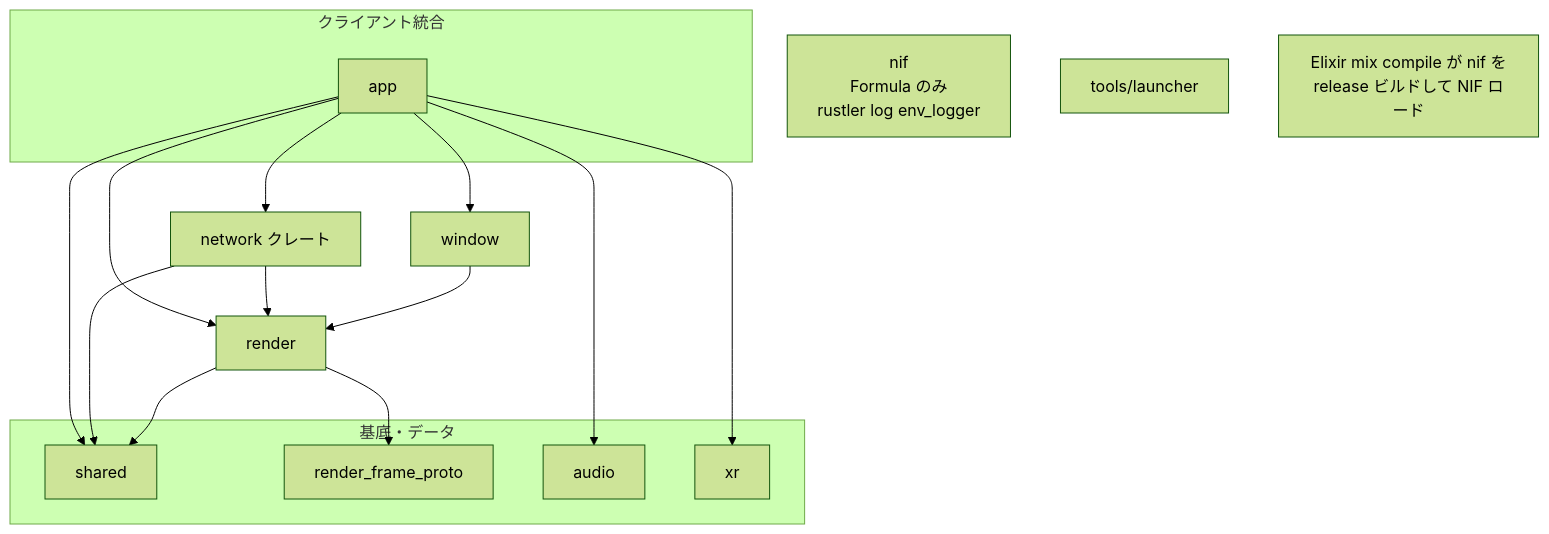
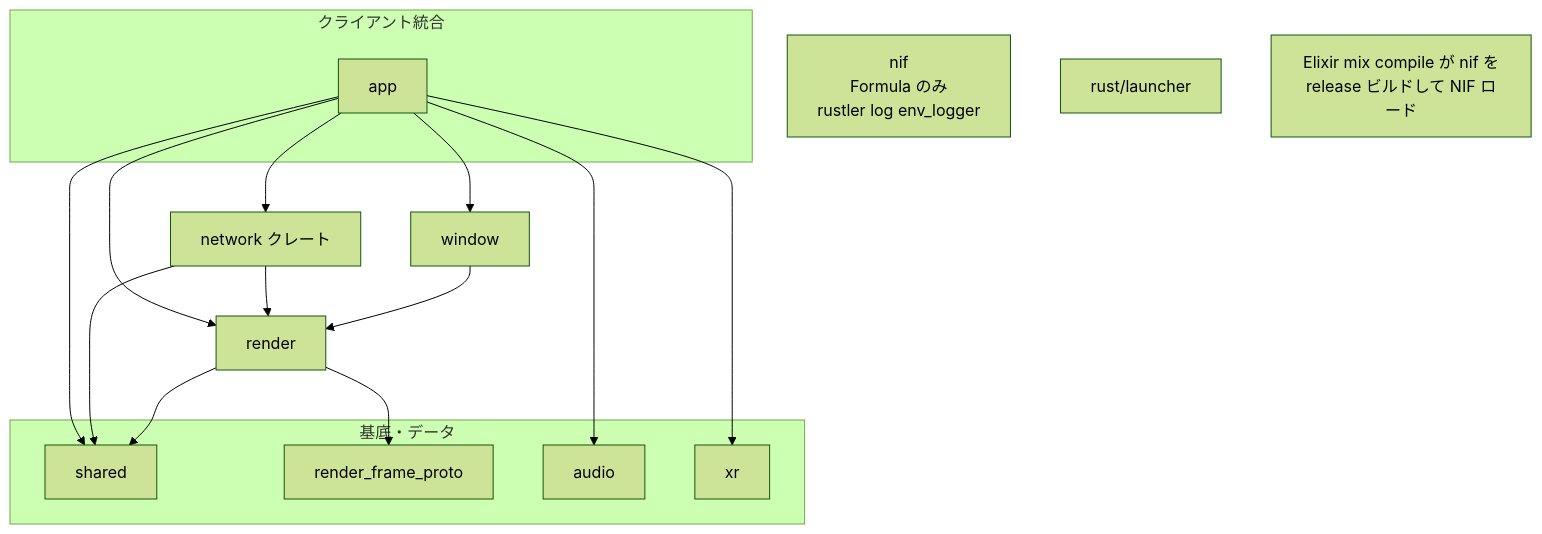
The second of 9 diagrams in docs/architecture/overview.md (FRICK-ELDY/alchemy-engine), drawn with Mermaid (forest theme) before and after one commit. The commit also changed other lines of this file and 122 other files, not shown here.

````diff
--- a/docs/architecture/overview.md
+++ b/docs/architecture/overview.md
@@ -90,32 +92,32 @@
 ```mermaid
 graph TB
     subgraph Base["基底・データ"]
         SHARED[shared]
         RFP[render_frame_proto]
         AUDIO[audio]
         XR[xr]
     end
 
     NIF[nif<br/>Formula のみ<br/>rustler log env_logger]
 
     RENDER[render] --> RFP
     RENDER --> SHARED
     WINDOW[window] --> RENDER
     NETWORK[network クレート] --> RENDER
     NETWORK --> SHARED
 
     subgraph App["クライアント統合"]
         APP[app]
     end
 
     APP --> NETWORK
     APP --> WINDOW
     APP --> RENDER
     APP --> SHARED
     APP --> XR
     APP --> AUDIO
 
-    LAUNCHER[tools/launcher]
+    LAUNCHER[rust/launcher]
 
     Note1[Elixir mix compile が nif を<br/>release ビルドして NIF ロード]
 ```
````
